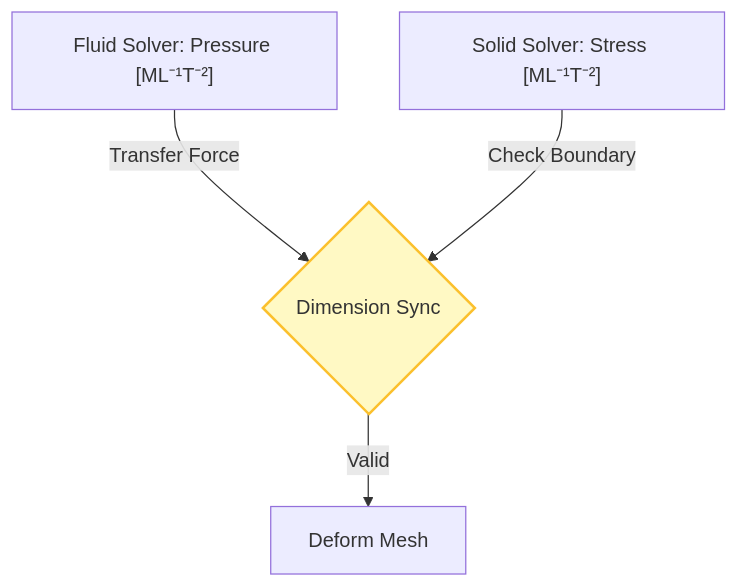
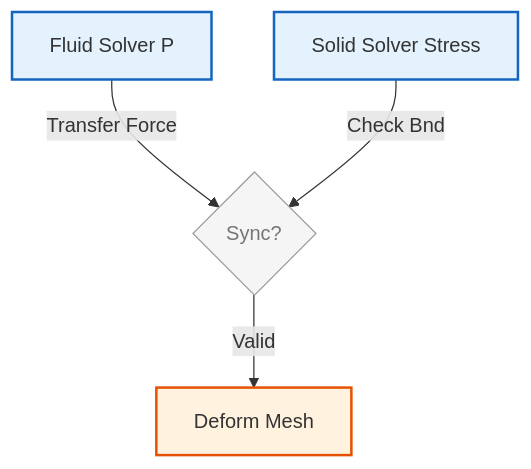
One commit to wramet/build-my-cfd changed the first of 2 diagrams in MODULE_05_OPENFOAM_PROGRAMMING/CONTENT/12_DIMENSIONAL_ANALYSIS/05_Advanced_Applications.md. Above: the diagram before and after it, drawn with Mermaid. The commit also changed other lines of this file and 313 other files, not shown here.

Commit message:
Revise all diagram

````diff
--- a/MODULE_05_OPENFOAM_PROGRAMMING/CONTENT/12_DIMENSIONAL_ANALYSIS/05_Advanced_Applications.md
+++ b/MODULE_05_OPENFOAM_PROGRAMMING/CONTENT/12_DIMENSIONAL_ANALYSIS/05_Advanced_Applications.md
@@ -12,8 +12,11 @@
 ```mermaid
 flowchart TD
-    Fluid["Fluid Solver: Pressure [ML⁻¹T⁻²]"] -->|"Transfer Force"| Sync{Dimension Sync}
-    Solid["Solid Solver: Stress [ML⁻¹T⁻²]"] -->|"Check Boundary"| Sync
-    Sync -->|Valid| Move[Deform Mesh]
-
-    style Sync fill:#fff9c4,stroke:#fbc02d,stroke-width:2px
+%% Classes
+classDef explicit fill:#fff3e0,stroke:#e65100,stroke-width:2px;
+classDef implicit fill:#e3f2fd,stroke:#1565c0,stroke-width:2px;
+classDef context fill:#f5f5f5,stroke:#9e9e9e,stroke-width:1px,color:#757575;
+%% Nodes
+Fluid[Fluid Solver P]:::implicit -->|Transfer Force| Sync{Sync?}:::context
+Solid[Solid Solver Stress]:::implicit -->|Check Bnd| Sync
+Sync -->|Valid| Move[Deform Mesh]:::explicit
 ```
````
